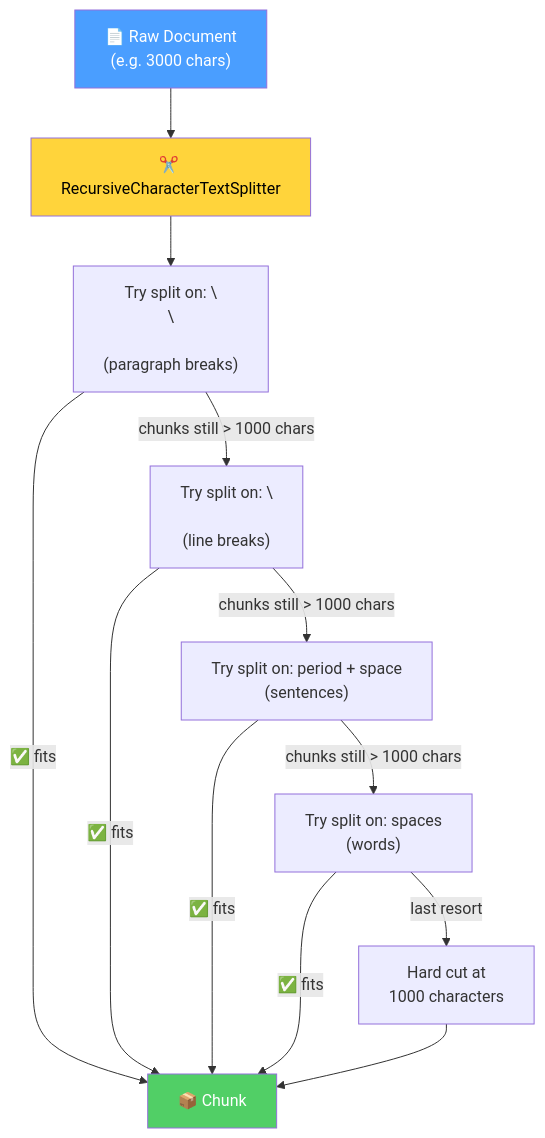
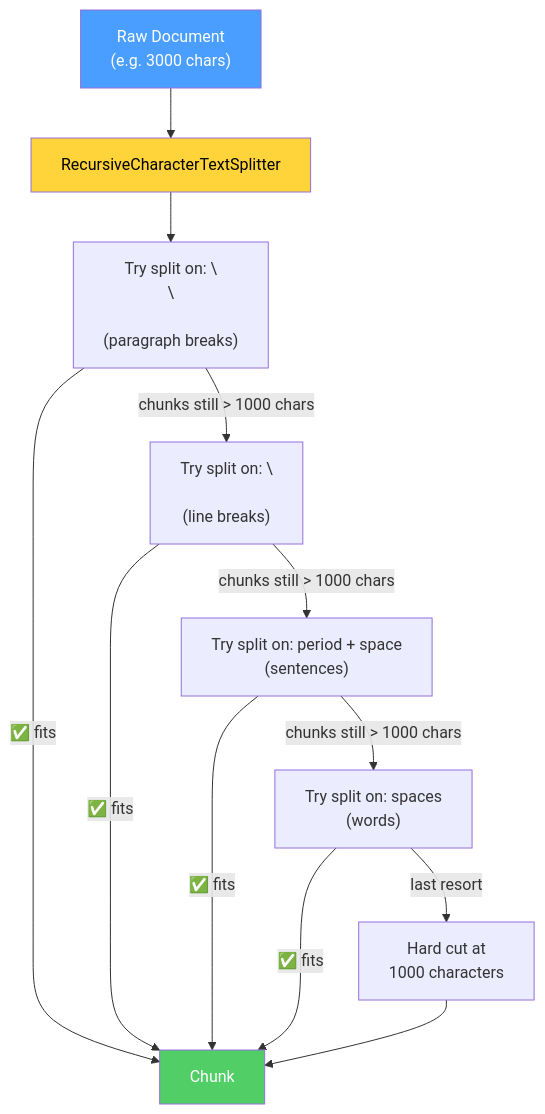
One commit to killjoycircuit/rag changed the fourth of 16 diagrams in README.md. Above: the diagram before and after it, drawn with Mermaid. The commit also changed other lines of this file, not shown here.

````diff
--- a/README.md
+++ b/README.md
@@ -166,20 +166,20 @@
 ```mermaid
 graph TD
-    D["📄 Raw Document<br/>(e.g. 3000 chars)"] --> S["✂️ RecursiveCharacterTextSplitter"]
+    D["Raw Document<br/>(e.g. 3000 chars)"] --> S["RecursiveCharacterTextSplitter"]
     
     S --> T1["Try split on: \\n\\n<br/>(paragraph breaks)"]
     T1 -->|"chunks still > 1000 chars"| T2["Try split on: \\n<br/>(line breaks)"]
     T2 -->|"chunks still > 1000 chars"| T3["Try split on: period + space<br/>(sentences)"]
     T3 -->|"chunks still > 1000 chars"| T4["Try split on: spaces<br/>(words)"]
     T4 -->|"last resort"| T5["Hard cut at<br/>1000 characters"]
 
-    T1 -->|"✅ fits"| R["📦 Chunk"]
+    T1 -->|"✅ fits"| R["Chunk"]
     T2 -->|"✅ fits"| R
     T3 -->|"✅ fits"| R
     T4 -->|"✅ fits"| R
     T5 --> R
 
     style D fill:#4a9eff,color:#fff
     style R fill:#51cf66,color:#fff
     style S fill:#ffd43b,color:#000
 ```
````
